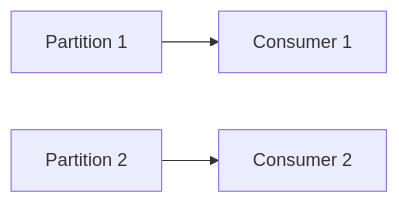
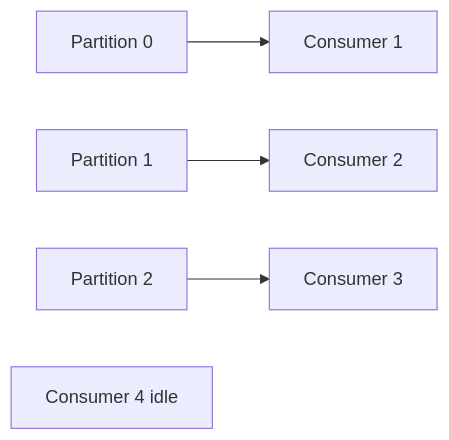
Before and after one commit to mthaiseer/springcloud-systemdesign-notes: diagram 12 of 47 in HLD_NOTES/004_INTERVIEW_PROBLEMS/016_distributed_message_queue_notes.md, drawn with Mermaid. The commit also changed other lines of this file, not shown here.

````diff
--- a/HLD_NOTES/004_INTERVIEW_PROBLEMS/016_distributed_message_queue_notes.md
+++ b/HLD_NOTES/004_INTERVIEW_PROBLEMS/016_distributed_message_queue_notes.md
@@ -115,5 +353,7 @@
 ```mermaid
 flowchart LR
-    P1[Partition 1] --> C1[Consumer 1]
-    P2[Partition 2] --> C2[Consumer 2]
+    P0[Partition 0] --> C1[Consumer 1]
+    P1[Partition 1] --> C2[Consumer 2]
+    P2[Partition 2] --> C3[Consumer 3]
+    C4[Consumer 4 idle]
 ```
````
